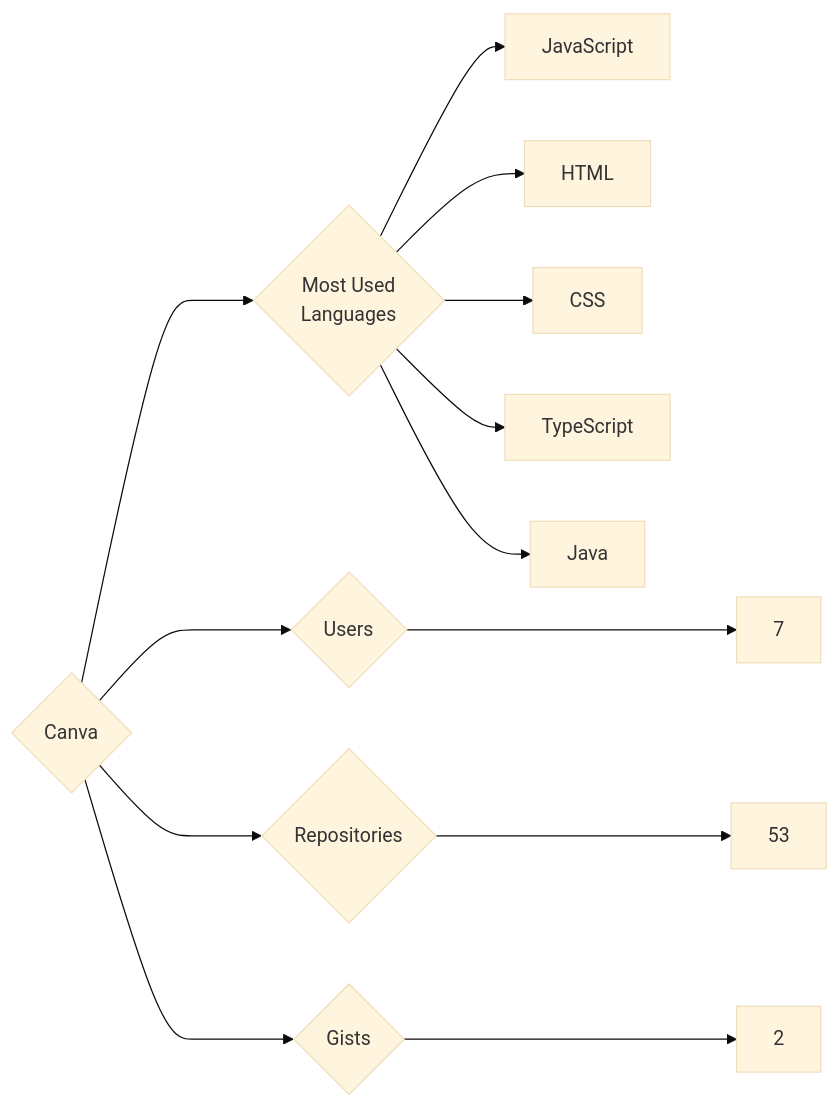
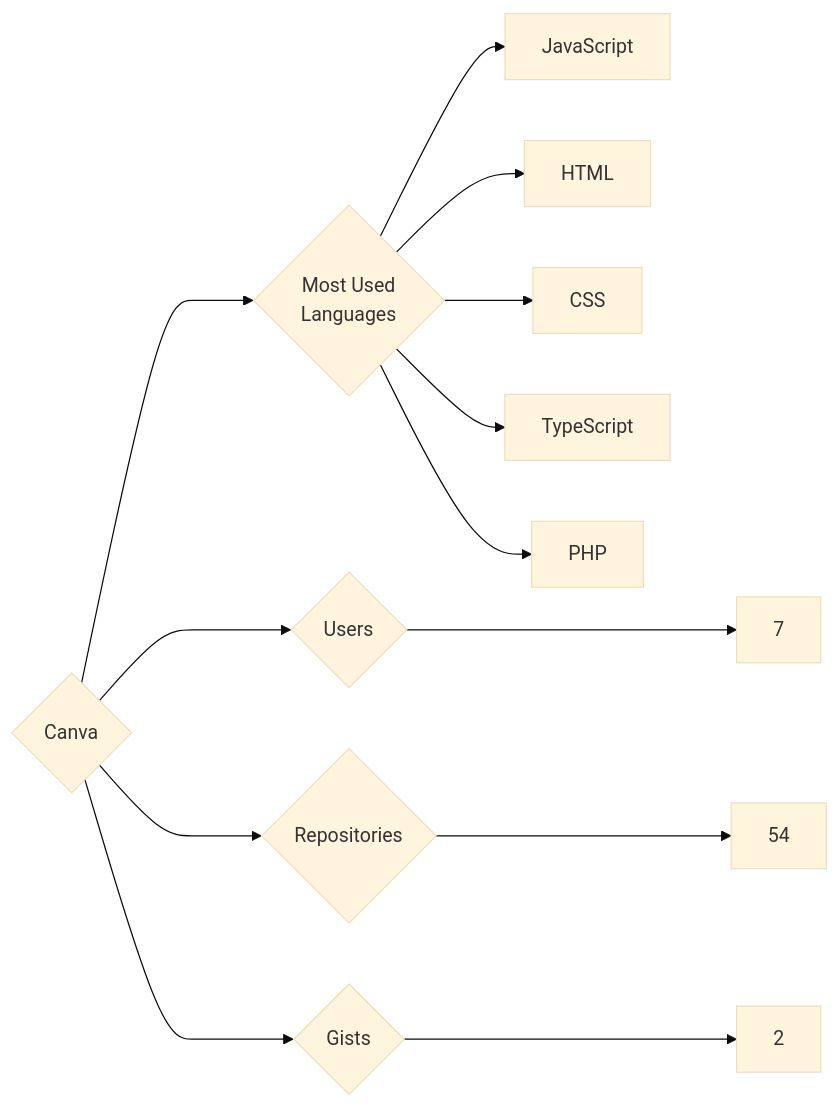
The diagram in targets/Canva/README.md (trickest/insiders), drawn with Mermaid (base theme) before and after one commit. The commit also changed 873 other files, not shown here.

````diff
--- a/targets/Canva/README.md
+++ b/targets/Canva/README.md
@@ -3,13 +3,13 @@
 ```mermaid
 graph LR
 COMPANY_NAME{Canva}
 COMPANY_NAME ---> U{Users} ---> UN[7]
-COMPANY_NAME ---> R{Repositories} ---> RN[53]
+COMPANY_NAME ---> R{Repositories} ---> RN[54]
 COMPANY_NAME ---> G{Gists} ---> GN[2]
 COMPANY_NAME ---> ML{Most Used<br>Languages}
 ML --> JavaScript[JavaScript]
 ML --> HTML[HTML]
 ML --> CSS[CSS]
 ML --> TypeScript[TypeScript]
-ML --> Java[Java]
+ML --> PHP[PHP]
 ```
````
